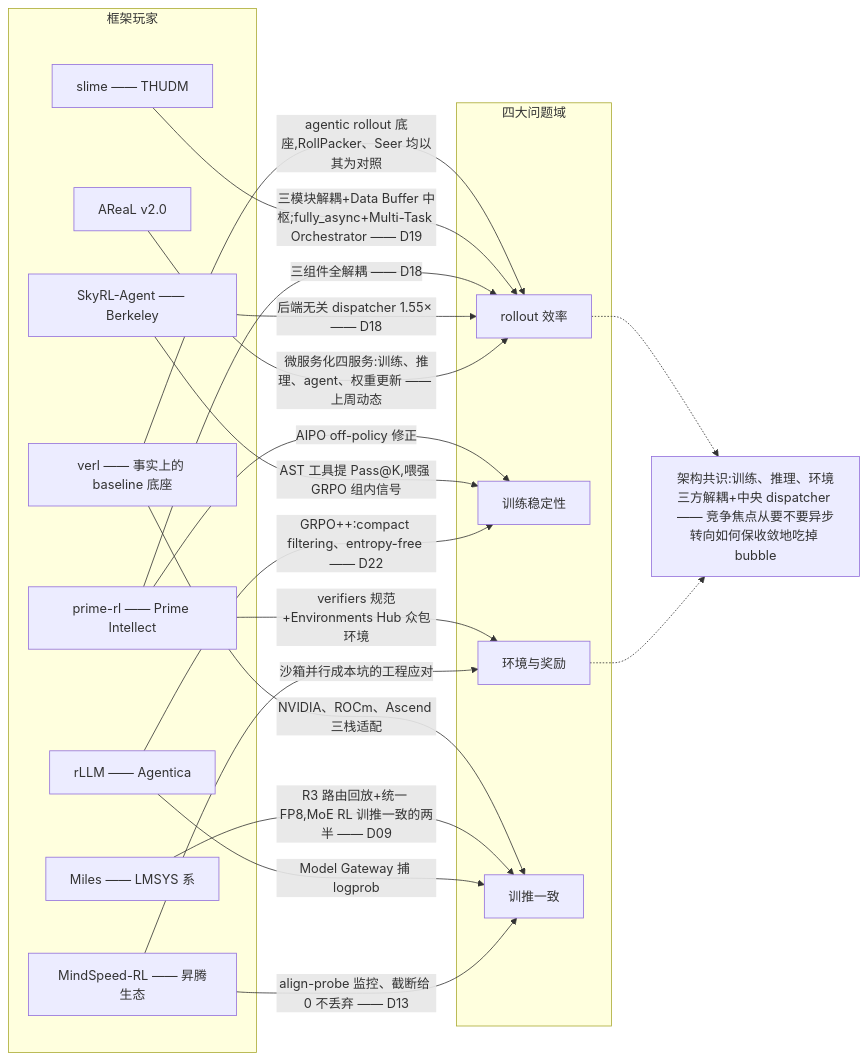
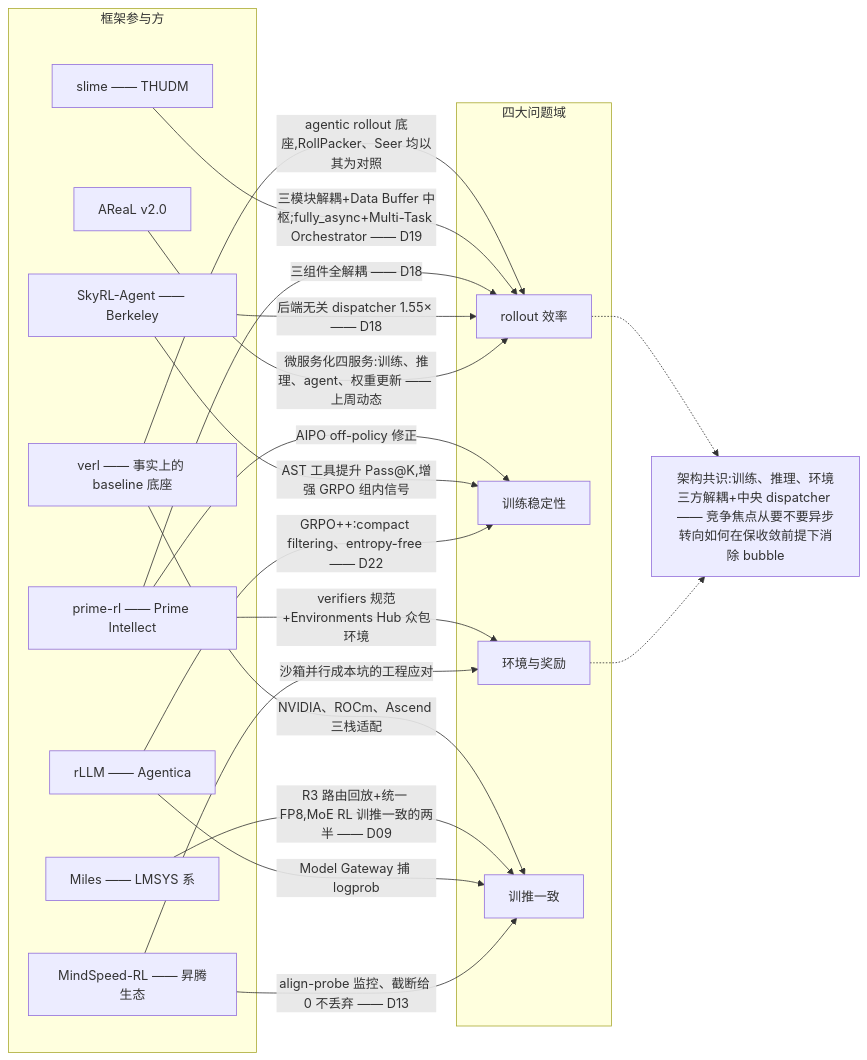
One commit to lloo099/mission44 changed the fifth of 5 diagrams in docs/blog/dispatch-23-agentic-rl-problem-map.md. Above: the diagram before and after it, drawn with Mermaid. The commit also changed other lines of this file and 22 other files, not shown here.

````diff
--- a/docs/blog/dispatch-23-agentic-rl-problem-map.md
+++ b/docs/blog/dispatch-23-agentic-rl-problem-map.md
@@ -310,39 +310,39 @@
 ```mermaid
 flowchart LR
-    subgraph FW ["框架玩家"]
+    subgraph FW ["框架参与方"]
         VERL["verl —— 事实上的 baseline 底座"]
         SLIME["slime —— THUDM"]
         MILES["Miles —— LMSYS 系"]
         PRL["prime-rl —— Prime Intellect"]
         SKY["SkyRL-Agent —— Berkeley"]
         RLLM["rLLM —— Agentica"]
         AREAL["AReaL v2.0"]
         MSRL["MindSpeed-RL —— 昇腾生态"]
     end
 
     subgraph DOM ["四大问题域"]
         Q1["rollout 效率"]
         Q2["训练稳定性"]
         Q3["环境与奖励"]
         Q4["训推一致"]
     end
 
     VERL -->|"agentic rollout 底座,RollPacker、Seer 均以其为对照"| Q1
     VERL -->|"NVIDIA、ROCm、Ascend 三栈适配"| Q4
     SLIME -->|"三模块解耦+Data Buffer 中枢;fully_async+Multi-Task Orchestrator —— D19"| Q1
     MILES -->|"R3 路由回放+统一 FP8,MoE RL 训推一致的两半 —— D09"| Q4
     PRL -->|"三组件全解耦 —— D18"| Q1
     PRL -->|"AIPO off-policy 修正"| Q2
     PRL -->|"verifiers 规范+Environments Hub 众包环境"| Q3
     SKY -->|"后端无关 dispatcher 1.55× —— D18"| Q1
-    SKY -->|"AST 工具提 Pass@K,喂强 GRPO 组内信号"| Q2
+    SKY -->|"AST 工具提升 Pass@K,增强 GRPO 组内信号"| Q2
     RLLM -->|"GRPO++:compact filtering、entropy-free —— D22"| Q2
     RLLM -->|"Model Gateway 捕 logprob"| Q4
     AREAL -->|"微服务化四服务:训练、推理、agent、权重更新 —— 上周动态"| Q1
     MSRL -->|"align-probe 监控、截断给 0 不丢弃 —— D13"| Q4
     MSRL -->|"沙箱并行成本坑的工程应对"| Q3
 
-    CONS["架构共识:训练、推理、环境三方解耦+中央 dispatcher —— 竞争焦点从要不要异步转向如何保收敛地吃掉 bubble"]
+    CONS["架构共识:训练、推理、环境三方解耦+中央 dispatcher —— 竞争焦点从要不要异步转向如何在保收敛前提下消除 bubble"]
     Q1 -.-> CONS
     Q3 -.-> CONS
 ```
````
